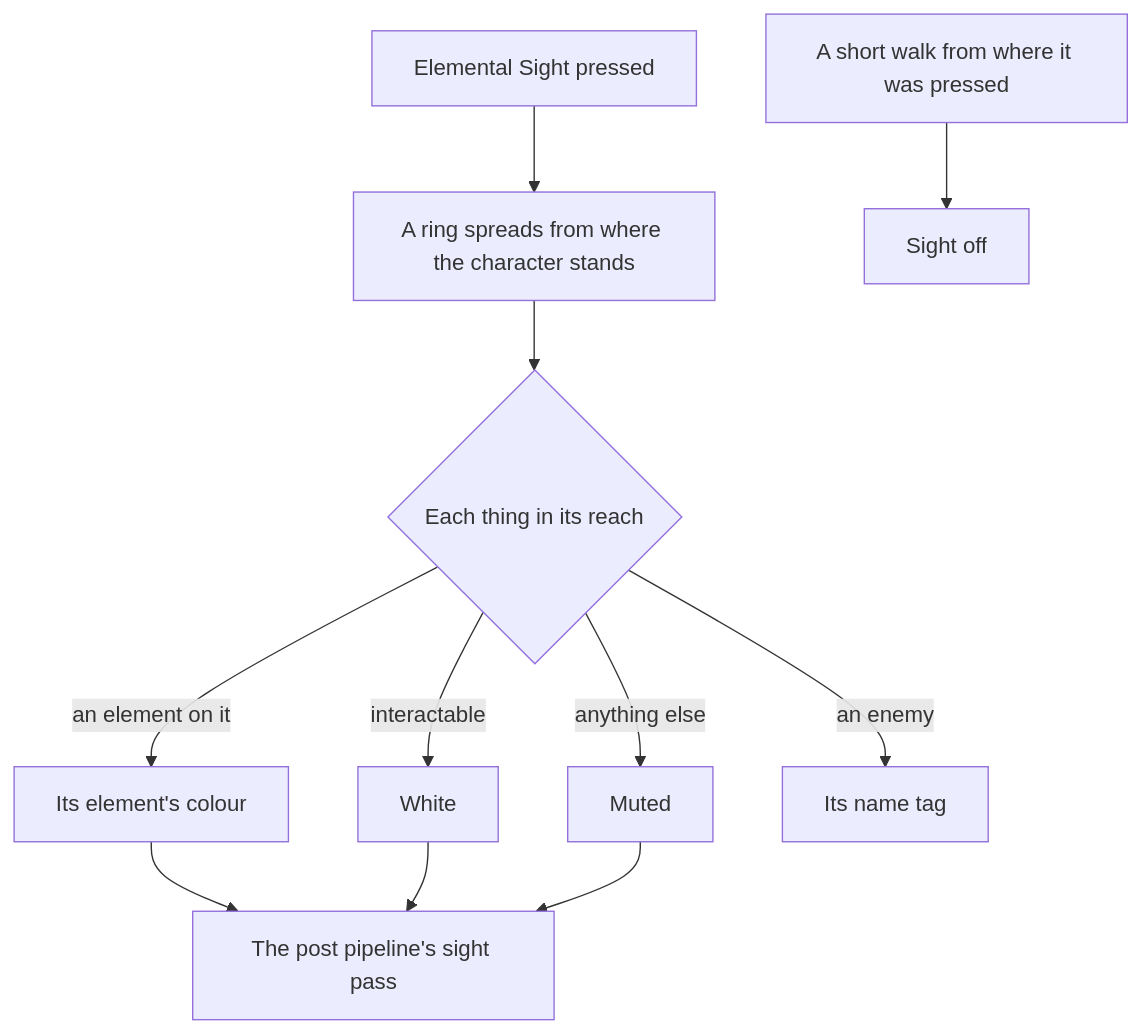
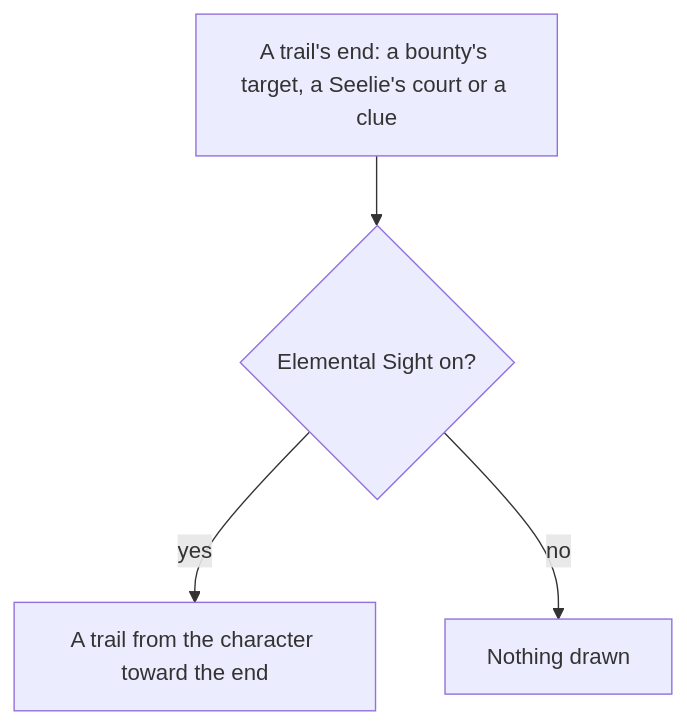
The diagram in apps/web/content/docs/proposals/genshin/elemental-sight.md (Esposter/Esposter), drawn with Mermaid before and after one commit. The commit also changed other lines of this file and 9 other files, not shown here.

Commit message:
docs(genshin): Elemental Sight's range, mute, lit things and names are built and indexed, and its trails wait on the pages that place their ends Co-Authored-By: Claude Haiku 5.5 <noreply@anthropic.com> Claude-Session: https://claude.ai/code/session_01PCYnokirTo1fA25eEfkvth

````diff
--- a/apps/web/content/docs/proposals/genshin/elemental-sight.md
+++ b/apps/web/content/docs/proposals/genshin/elemental-sight.md
@@ -21,13 +18,6 @@
 ```mermaid
 flowchart TD
-  PRESS["Elemental Sight pressed"] --> RING["A ring spreads from where the character stands"]
-  RING --> MASK{"Each thing in its reach"}
-  MASK -->|"an element on it"| COLOUR["Its element's colour"]
-  MASK -->|"interactable"| WHITE["White"]
-  MASK -->|"anything else"| MUTE["Muted"]
-  MASK -->|"an enemy"| NAME["Its name tag"]
-  COLOUR --> POST["The post pipeline's sight pass"]
-  WHITE --> POST
-  MUTE --> POST
-  WALK["A short walk from where it was pressed"] --> OFF["Sight off"]
+  END["A trail's end: a bounty's target, a Seelie's court or a clue"] --> SIGHT{"Elemental Sight on?"}
+  SIGHT -->|"yes"| LINE["A trail from the character toward the end"]
+  SIGHT -->|"no"| NONE["Nothing drawn"]
 ```
````
